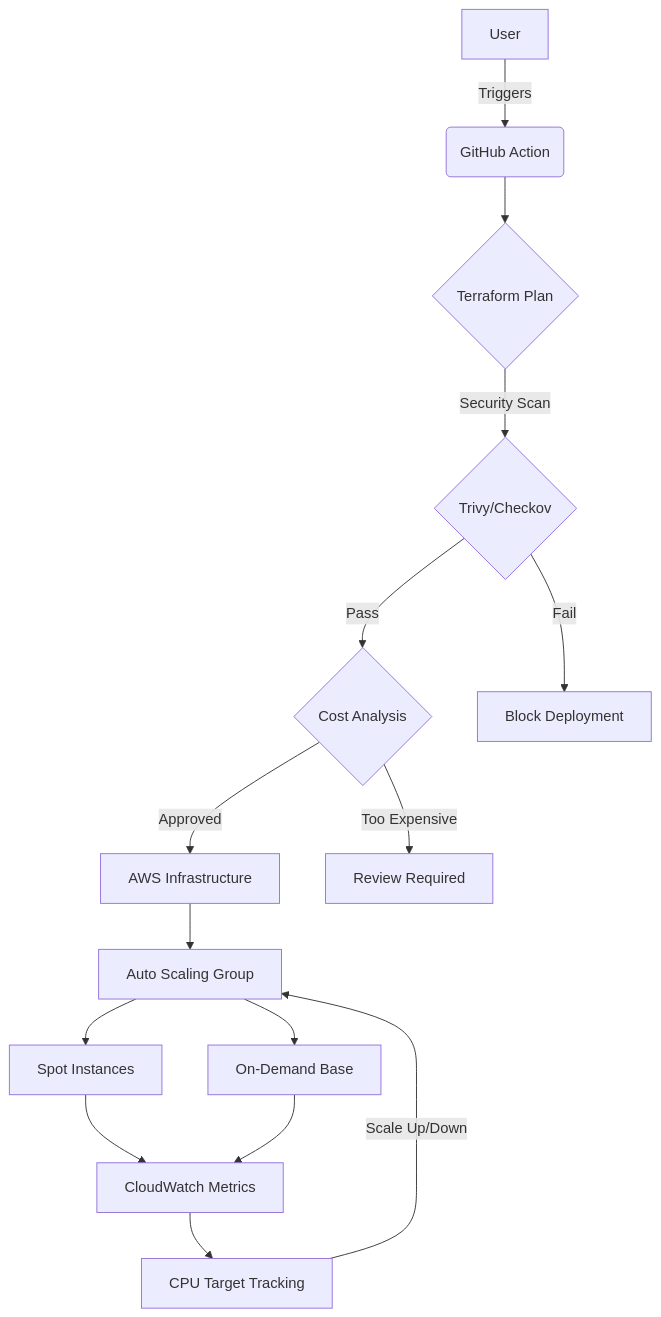
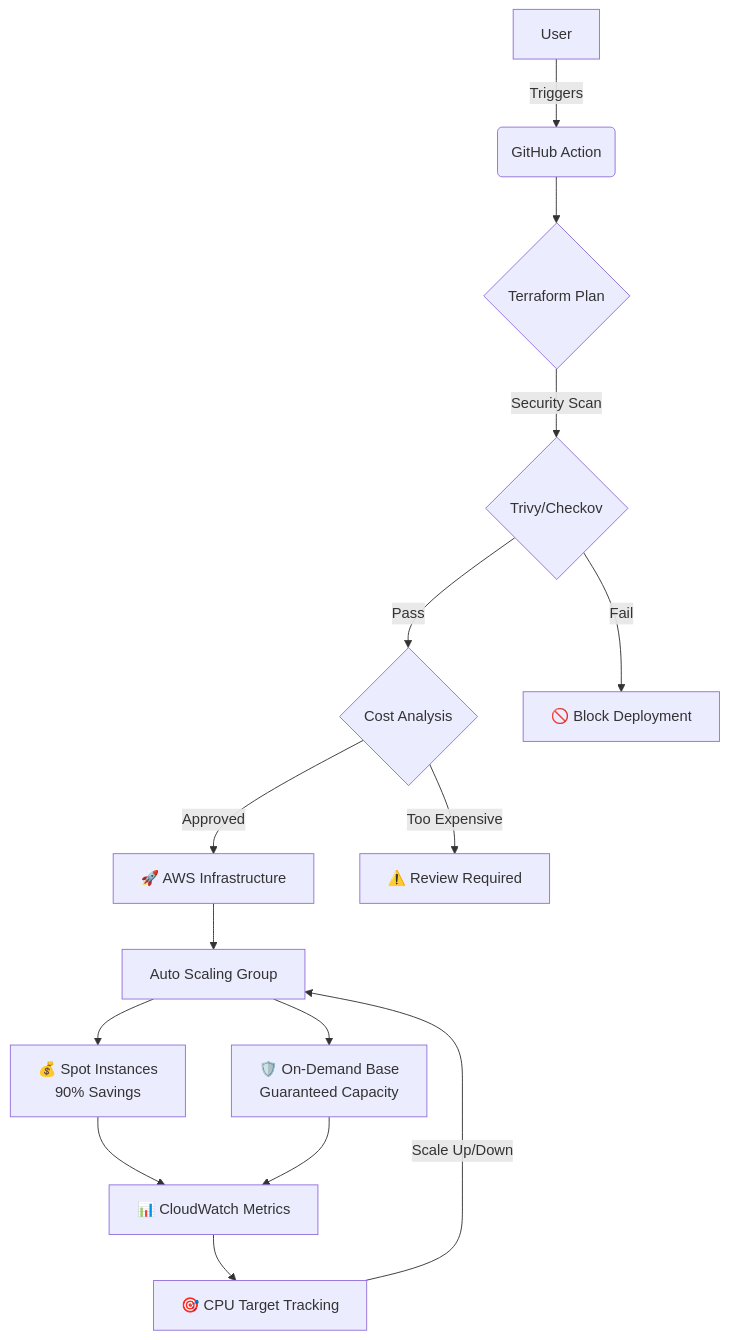
One commit to MarkChisholm-dev/Ethereal-Spot-Manager changed the diagram in README.md. Above: the diagram before and after it, drawn with Mermaid. The commit also changed other lines of this file, not shown here.

````diff
--- a/README.md
+++ b/README.md
@@ -20,17 +33,17 @@
 ```mermaid
 graph TD
     A[User] -->|Triggers| B(GitHub Action)
     B --> C{Terraform Plan}
     C -->|Security Scan| D{Trivy/Checkov}
     D -->|Pass| E{Cost Analysis}
-    E -->|Approved| F[AWS Infrastructure]
-    E -->|Too Expensive| G[Review Required]
-    D -->|Fail| H[Block Deployment]
-    F --> I[Auto Scaling Group]
-    I --> J[Spot Instances]
-    I --> K[On-Demand Base]
-    J --> L[CloudWatch Metrics]
+    E -->|Approved| F["🚀 AWS Infrastructure"]
+    E -->|Too Expensive| G["⚠️ Review Required"]
+    D -->|Fail| H["🚫 Block Deployment"]
+    F --> I["Auto Scaling Group"]
+    I --> J["💰 Spot Instances<br/>90% Savings"]
+    I --> K["🛡️ On-Demand Base<br/>Guaranteed Capacity"]
+    J --> L["📊 CloudWatch Metrics"]
     K --> L
-    L --> M[CPU Target Tracking]
+    L --> M["🎯 CPU Target Tracking"]
     M -->|Scale Up/Down| I
 ```
````
